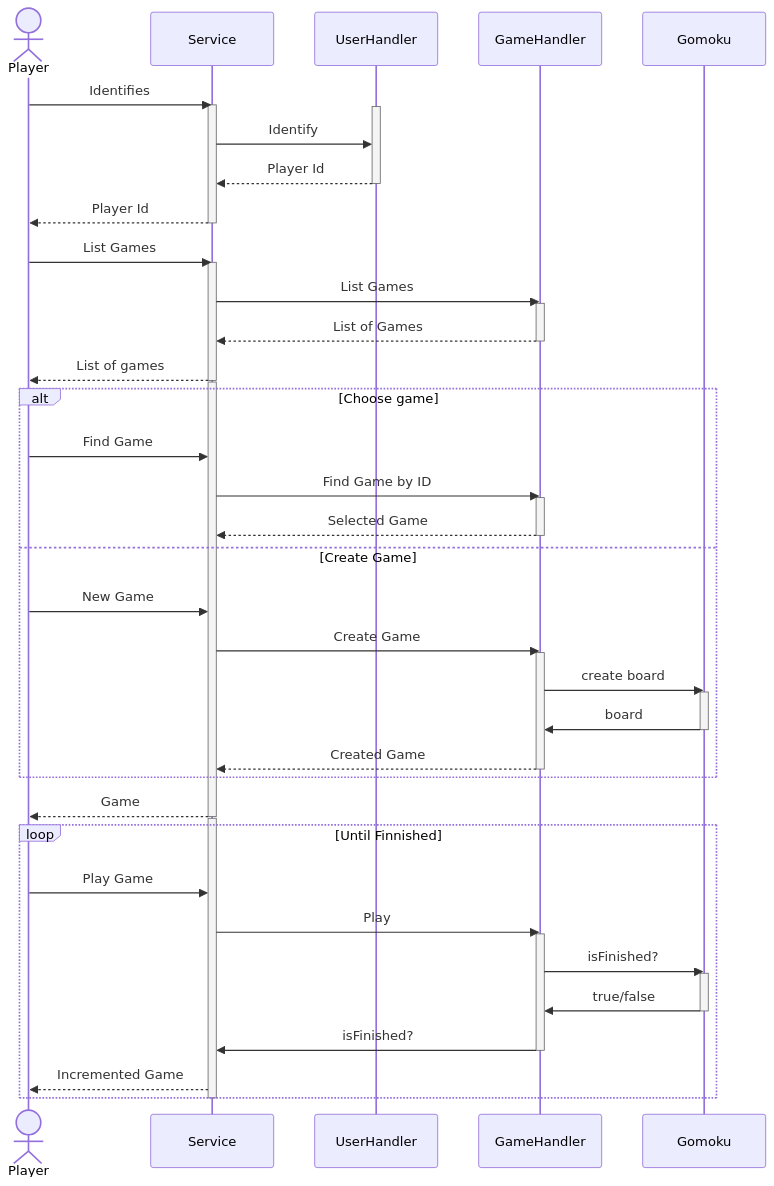
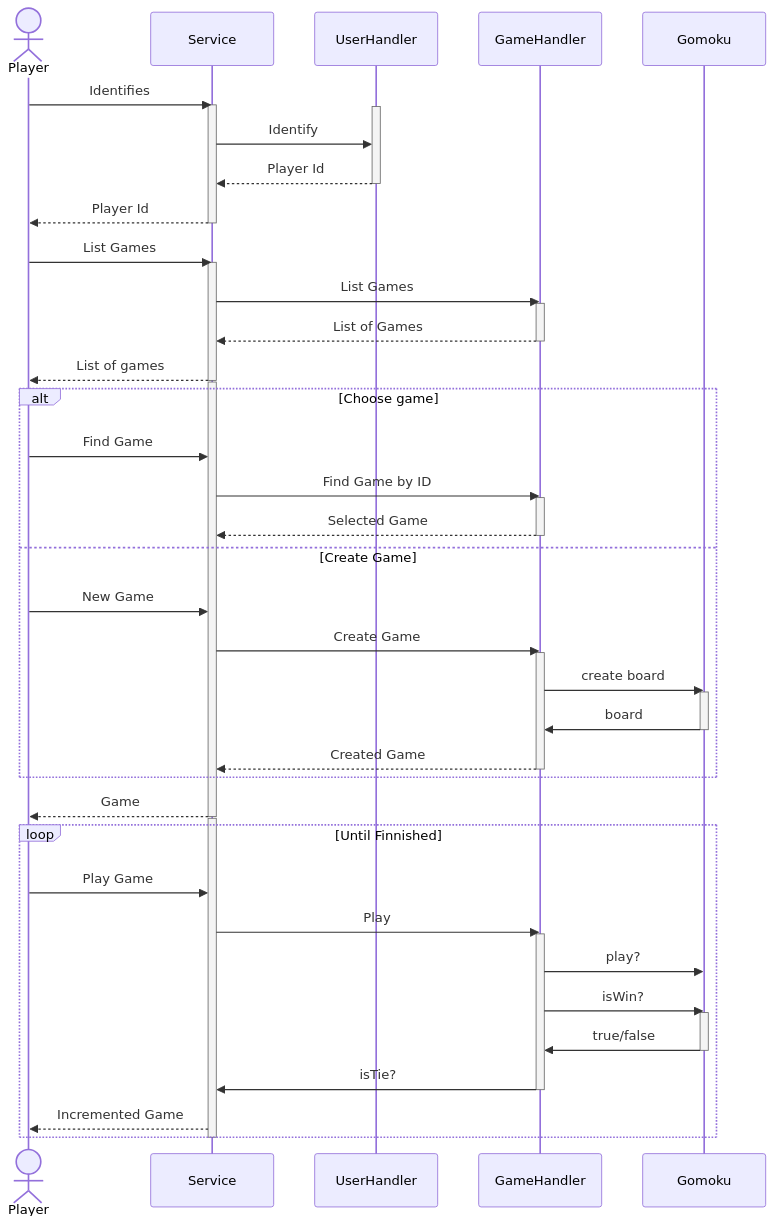
Before and after one commit to miwashi-edu/edu-http-classic-gomoku-js: the diagram in README.md, drawn with Mermaid.

````diff
--- a/README.md
+++ b/README.md
@@ -17,63 +17,64 @@
 ```mermaid
 
 sequenceDiagram
     actor Player
     participant Service
     participant UserHandler
     participant GameHandler
     participant Gomoku
 
     Player->>Service: Identifies
     activate Service
     activate UserHandler
     Service->>UserHandler: Identify
     UserHandler-->>Service: Player Id
     deactivate UserHandler
     Service-->>Player: Player Id
     deactivate Service
     
     Player->>Service: List Games
     activate Service
     Service->>GameHandler: List Games
     activate GameHandler
     GameHandler-->>Service: List of Games
     deactivate GameHandler
     Service-->>Player: List of games
     deactivate Service
     
     activate Service
     alt Choose game
         Player->>Service: Find Game
         Service->>GameHandler: Find Game by ID
         activate GameHandler
         GameHandler-->>Service: Selected Game
         deactivate GameHandler
     else Create Game
         Player->>Service: New Game
         Service->>GameHandler: Create Game
         activate GameHandler
         GameHandler->>Gomoku: create board
         activate Gomoku
         Gomoku->>GameHandler: board
         deactivate Gomoku
         GameHandler-->>Service: Created Game
         deactivate GameHandler
     end
     Service-->>Player: Game
     deactivate Service
     
     activate Service
     loop Until Finnished
         Player->>Service: Play Game
         Service->>GameHandler: Play
         activate GameHandler
-        GameHandler->>Gomoku: isFinished?
+        GameHandler->>Gomoku: play?
+        GameHandler->>Gomoku: isWin?
         activate Gomoku
         Gomoku->>GameHandler: true/false
         deactivate Gomoku
-        GameHandler->>Service: isFinished?
+        GameHandler->>Service: isTie?
         deactivate GameHandler
         Service-->>Player: Incremented Game
     end
     deactivate Service
 ```
````
